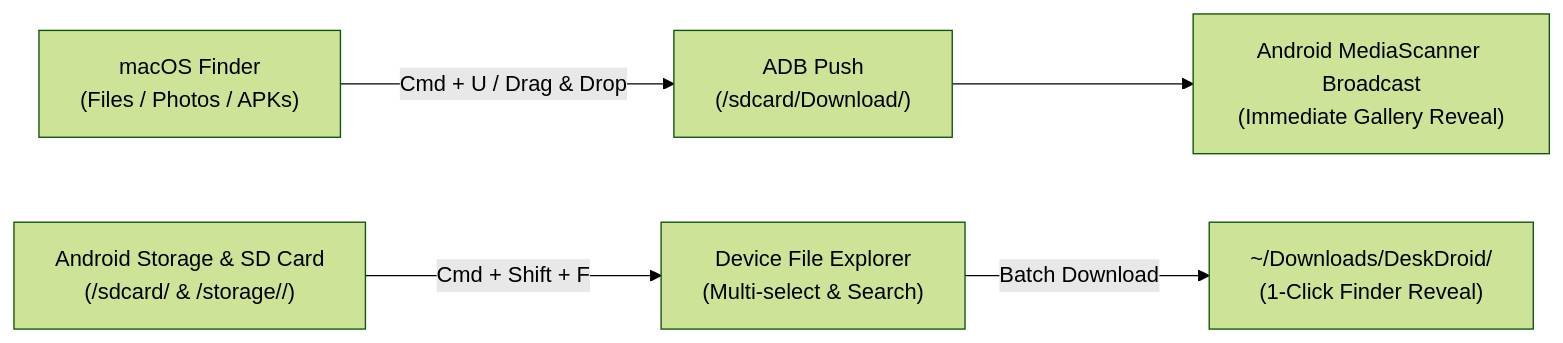
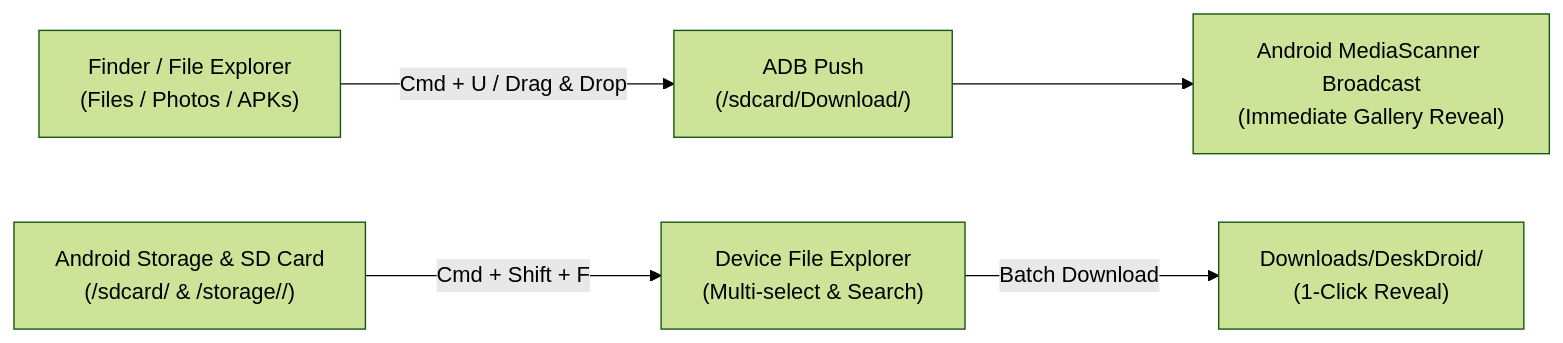
One commit to az-coder-123/azdroid changed the diagram in docs/features/file-transfer-explorer.md. Above: the diagram before and after it, drawn with Mermaid (forest theme). The commit also changed other lines of this file and 26 other files, not shown here.

````diff
--- a/docs/features/file-transfer-explorer.md
+++ b/docs/features/file-transfer-explorer.md
@@ -14,8 +15,8 @@
 ```mermaid
 flowchart LR
-    Mac["macOS Finder\n(Files / Photos / APKs)"] -->|Cmd + U / Drag & Drop| Push["ADB Push\n(/sdcard/Download/)"]
+    Mac["Finder / File Explorer\n(Files / Photos / APKs)"] -->|Cmd + U / Drag & Drop| Push["ADB Push\n(/sdcard/Download/)"]
     Push --> MediaScan["Android MediaScanner Broadcast\n(Immediate Gallery Reveal)"]
     
     AndroidStorage["Android Storage & SD Card\n(/sdcard/ & /storage/<UUID>/)"] -->|Cmd + Shift + F| Explorer["Device File Explorer\n(Multi-select & Search)"]
-    Explorer -->|Batch Download| MacDownloads["~/Downloads/DeskDroid/\n(1-Click Finder Reveal)"]
+    Explorer -->|Batch Download| MacDownloads["Downloads/DeskDroid/\n(1-Click Reveal)"]
 ```
````
